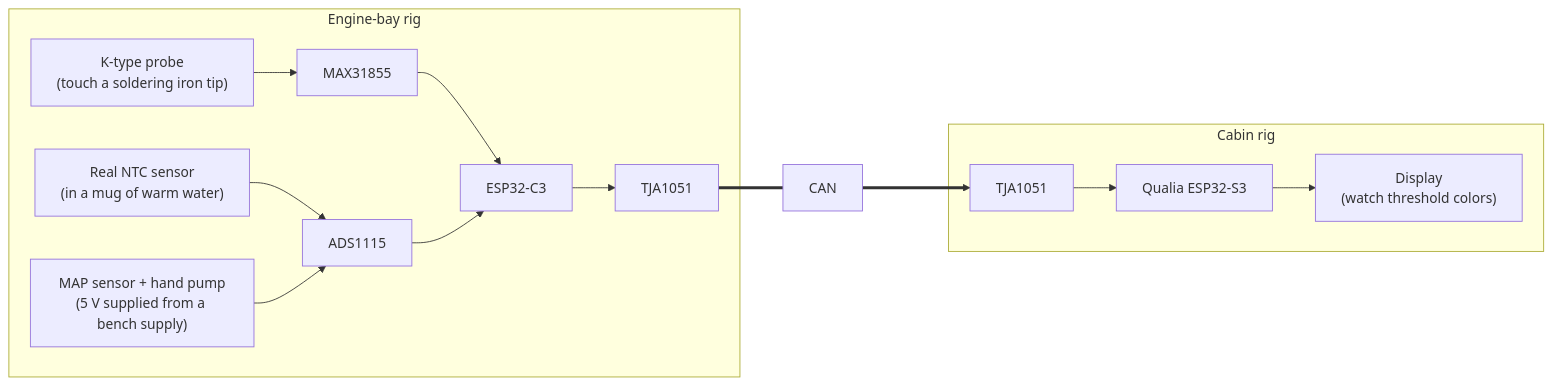
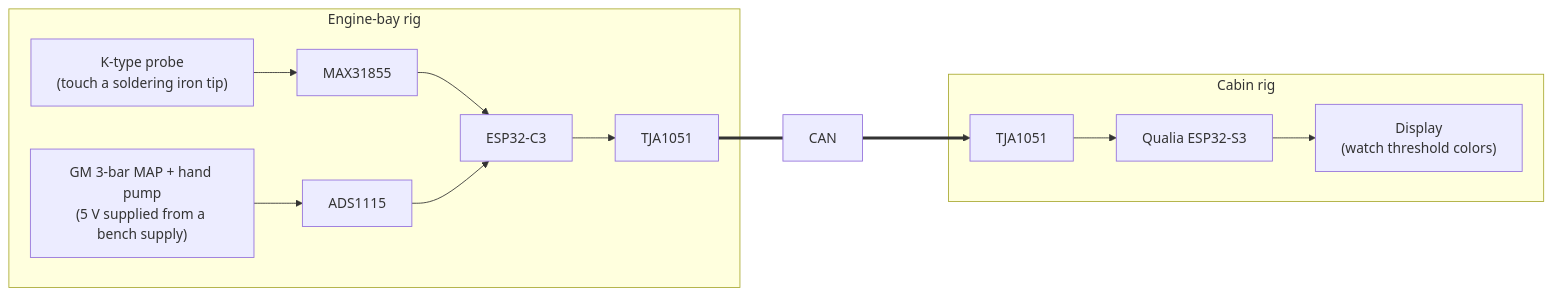
The third of 3 diagrams in docs/BENCH_TESTING.md (connorwhite-online/junkr-obd), drawn with Mermaid before and after one commit. The commit also changed other lines of this file and 47 other files, not shown here.

First line of the commit message:
Firmware: round gauge on the Qualia, 3-bar MAP node, full CAN protocol

````diff
--- a/docs/BENCH_TESTING.md
+++ b/docs/BENCH_TESTING.md
@@ -271,18 +278,17 @@
 ```mermaid
 flowchart LR
     subgraph EB["Engine-bay rig"]
         TC["K-type probe<br/>(touch a soldering iron tip)"] --> M[MAX31855]
-        NTC["Real NTC sensor<br/>(in a mug of warm water)"] --> A[ADS1115]
-        MAP_S["MAP sensor + hand pump<br/>(5 V supplied from a bench supply)"] --> A
+        MAP_S["GM 3-bar MAP + hand pump<br/>(5 V supplied from a bench supply)"] --> A[ADS1115]
         M --> C3[ESP32-C3]
         A --> C3
         C3 --> X1[TJA1051]
     end
 
     X1 ===CAN===> X2
 
     subgraph CB["Cabin rig"]
         X2[TJA1051] --> S3[Qualia ESP32-S3]
         S3 --> D["Display<br/>(watch threshold colors)"]
     end
 ```
````
